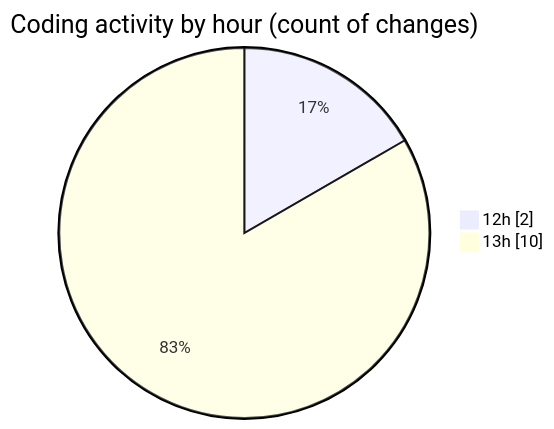
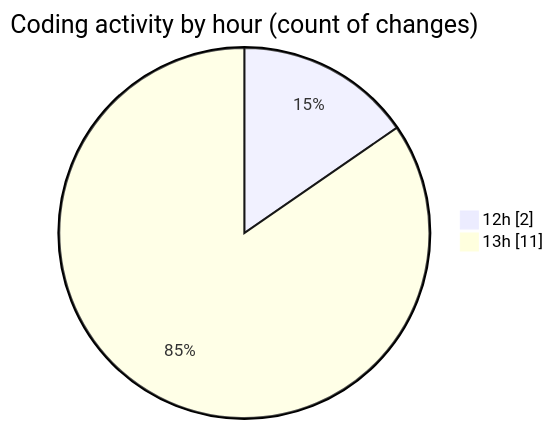
Before and after one commit to LanceThiago/code-tracking: the second of 2 diagrams in 2025-10-01/totem2/README.md, drawn with Mermaid. The commit also changed other lines of this file and 1 other file, not shown here.

````diff
--- a/2025-10-01/totem2/README.md
+++ b/2025-10-01/totem2/README.md
@@ -29,6 +29,6 @@
 ```mermaid
 pie showData
 title Coding activity by hour (count of changes)
 "12h" : 2
-"13h" : 10
+"13h" : 11
 ```
````
